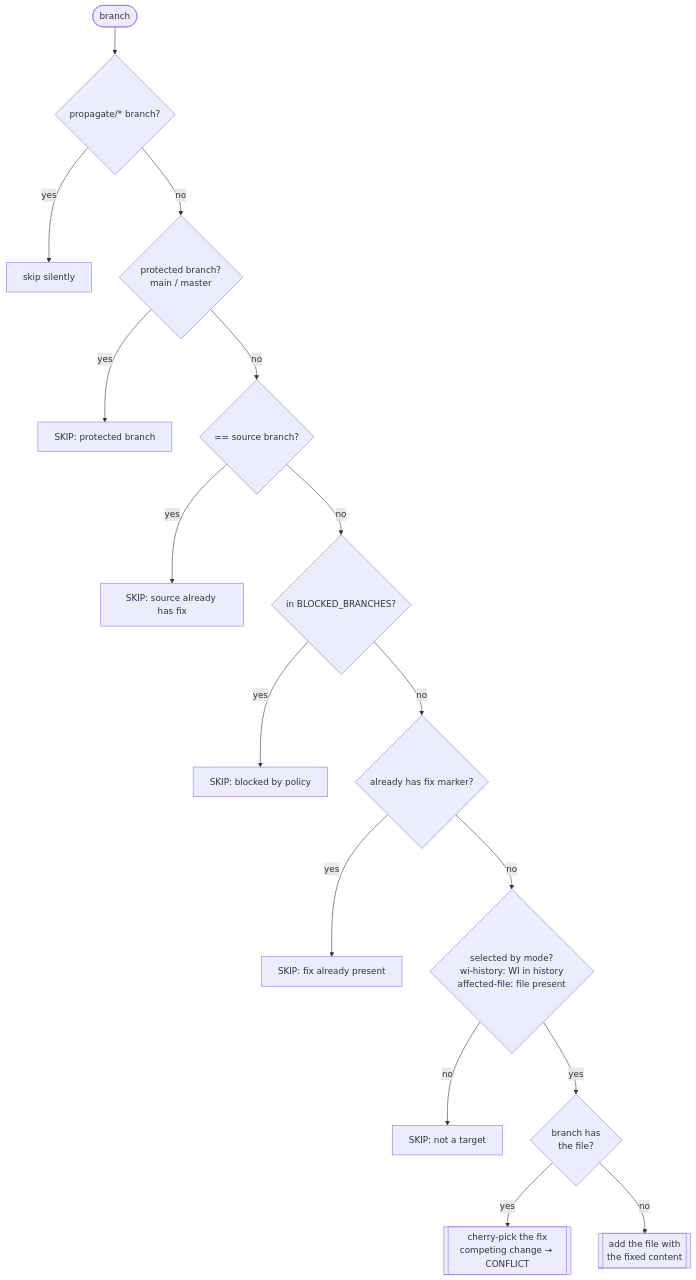
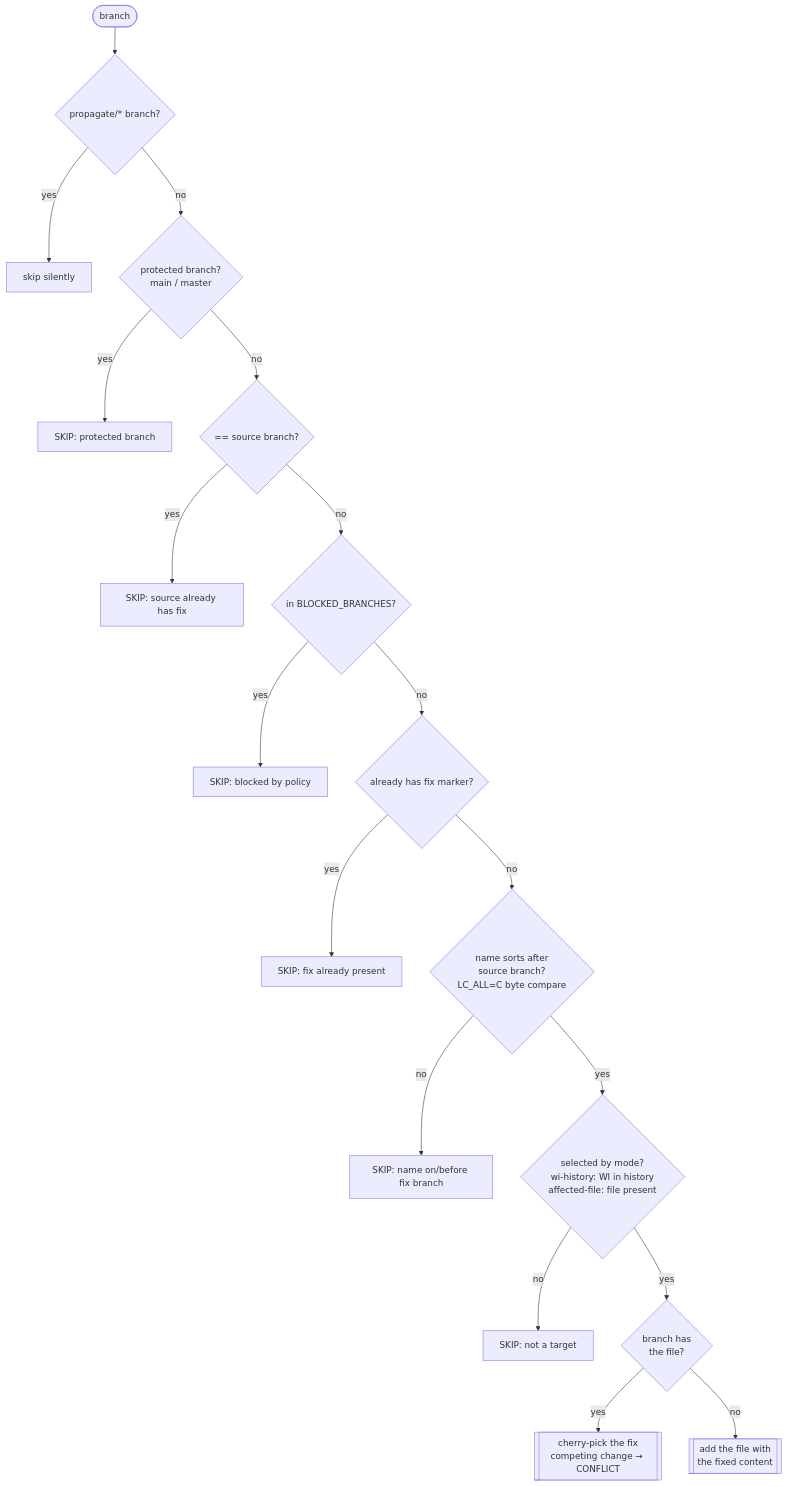
Before and after one commit to MajedSaade/kla-complex-test-repo: the third of 8 diagrams in ARCHITECTURE.md, drawn with Mermaid. The commit also changed other lines of this file and 4 other files, not shown here.

First line of the commit message:
Use lexicographic branch-name ordering for patch eligibility.

````diff
--- a/ARCHITECTURE.md
+++ b/ARCHITECTURE.md
@@ -222,18 +230,20 @@
 ```mermaid
 flowchart TD
     S([branch]) --> P{propagate/* branch?}
     P -- yes --> SKIP1[skip silently]
     P -- no --> PR0{protected branch?<br/>main / master}
     PR0 -- yes --> SKP[SKIP: protected branch]
     PR0 -- no --> SRC{== source branch?}
     SRC -- yes --> SK2[SKIP: source already has fix]
     SRC -- no --> BL{in BLOCKED_BRANCHES?}
     BL -- yes --> SK3[SKIP: blocked by policy]
     BL -- no --> HF{already has fix marker?}
     HF -- yes --> SK4[SKIP: fix already present]
-    HF -- no --> SEL{selected by mode?<br/>wi-history: WI in history<br/>affected-file: file present}
+    HF -- no --> NA{name sorts after<br/>source branch?<br/>LC_ALL=C byte compare}
+    NA -- no --> SK6[SKIP: name on/before fix branch]
+    NA -- yes --> SEL{selected by mode?<br/>wi-history: WI in history<br/>affected-file: file present}
     SEL -- no --> SK5[SKIP: not a target]
     SEL -- yes --> HASF{branch has<br/>the file?}
     HASF -- yes --> CP[[cherry-pick the fix<br/>competing change → CONFLICT]]
     HASF -- no --> ADD[[add the file with<br/>the fixed content]]
 ```
````
